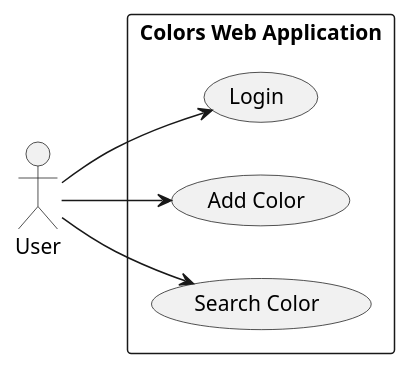
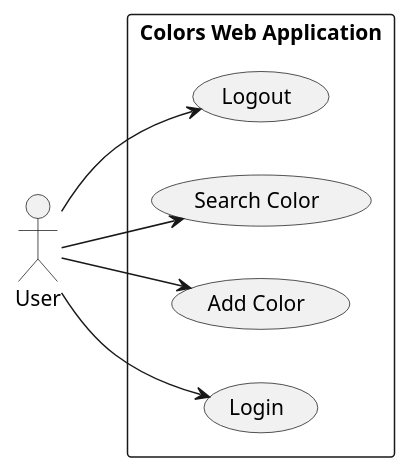
The diagram in docs/uml/usecase.puml (mdj43/colors-lamp), drawn with PlantUML before and after one commit.

Commit message:
Adds Logout to use case diagram.

```diff
--- a/docs/uml/usecase.puml
+++ b/docs/uml/usecase.puml
@@ -1,17 +1,19 @@
 @startuml "Use Case Diagram"
 
 left to right direction
 
 actor User
 
 rectangle "Colors Web Application" {
+    usecase "Logout" as Logout
+    usecase "Search Color" as Search
+    usecase "Add Color" as Add
     usecase "Login" as Login
-    usecase "Add Color" as Add
-    usecase "Search Color" as Search
 }
 
 User --> Login
 User --> Add
 User --> Search
+User --> Logout
 
 @enduml
```
